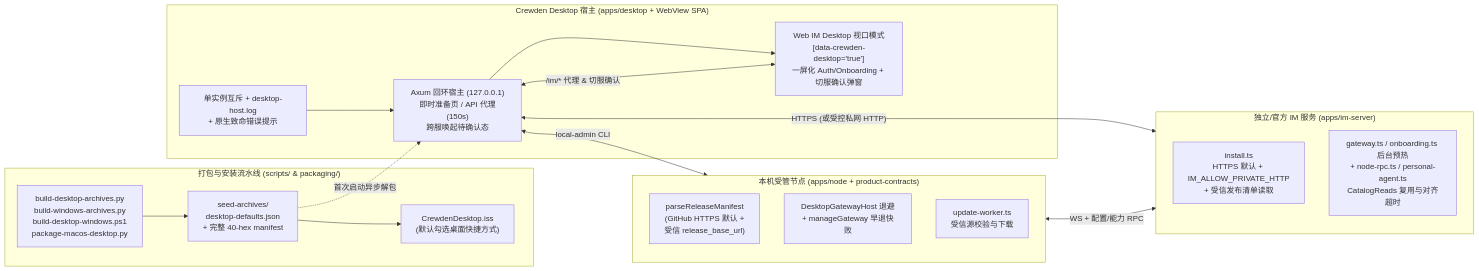
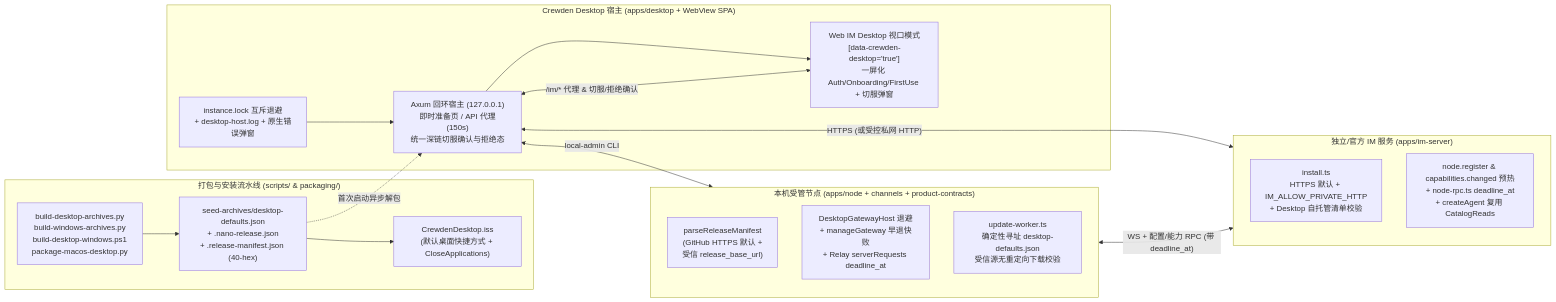
One commit to Mrchen116/nano-multiagent changed the first of 3 diagrams in docs/changes/feat-799-desktop-hardening-private-deploy/design.md. Above: the diagram before and after it, drawn with Mermaid. The commit also changed other lines of this file and 15 other files, not shown here.

````diff
--- a/docs/changes/feat-799-desktop-hardening-private-deploy/design.md
+++ b/docs/changes/feat-799-desktop-hardening-private-deploy/design.md
@@ -39,33 +43,33 @@
 ```mermaid
 flowchart LR
   subgraph Build["打包与安装流水线 (scripts/ & packaging/)"]
     BuildScripts["build-desktop-archives.py\nbuild-windows-archives.py\nbuild-desktop-windows.ps1\npackage-macos-desktop.py"]
-    Inno["CrewdenDesktop.iss\n(默认勾选桌面快捷方式)"]
-    DefaultsJson["seed-archives/\ndesktop-defaults.json\n+ 完整 40-hex manifest"]
+    Inno["CrewdenDesktop.iss\n(默认桌面快捷方式 + CloseApplications)"]
+    DefaultsJson["seed-archives/desktop-defaults.json\n+ .nano-release.json\n+ .release-manifest.json (40-hex)"]
     BuildScripts --> DefaultsJson --> Inno
   end
 
   subgraph Desktop["Crewden Desktop 宿主 (apps/desktop + WebView SPA)"]
-    LockLog["单实例互斥 + desktop-host.log\n+ 原生致命错误提示"]
-    Loopback["Axum 回环宿主 (127.0.0.1)\n即时准备页 / API 代理(150s)\n跨服唤起待确认态"]
-    ViewportUI["Web IM Desktop 视口模式\n[data-crewden-desktop='true']\n一屏化 Auth/Onboarding + 切服确认弹窗"]
+    LockLog["instance.lock 互斥退避\n+ desktop-host.log + 原生错误弹窗"]
+    Loopback["Axum 回环宿主 (127.0.0.1)\n即时准备页 / API 代理(150s)\n统一深链切服确认与拒绝态"]
+    ViewportUI["Web IM Desktop 视口模式\n[data-crewden-desktop='true']\n一屏化 Auth/Onboarding/FirstUse + 切服弹窗"]
     LockLog --> Loopback --> ViewportUI
   end
 
-  subgraph Node["本机受管节点 (apps/node + product-contracts)"]
+  subgraph Node["本机受管节点 (apps/node + channels + product-contracts)"]
     ManifestVerify["parseReleaseManifest\n(GitHub HTTPS 默认 +\n受信 release_base_url)"]
-    FastFail["DesktopGatewayHost 退避\n+ manageGateway 早退快败"]
-    UpdateWorker["update-worker.ts\n受信源校验与下载"]
+    FastFail["DesktopGatewayHost 退避\n+ manageGateway 早退快败\n+ Relay serverRequests deadline_at"]
+    UpdateWorker["update-worker.ts\n确定性寻址 desktop-defaults.json\n受信源无重定向下载校验"]
   end
 
   subgraph IM["独立/官方 IM 服务 (apps/im-server)"]
-    InstallGate["install.ts\nHTTPS 默认 + IM_ALLOW_PRIVATE_HTTP\n+ 受信发布清单读取"]
-    WarmupRpc["gateway.ts / onboarding.ts 后台预热\n+ node-rpc.ts / personal-agent.ts\nCatalogReads 复用与对齐超时"]
+    InstallGate["install.ts\nHTTPS 默认 + IM_ALLOW_PRIVATE_HTTP\n+ Desktop 自托管清单校验"]
+    WarmupRpc["node.register & capabilities.changed 预热\n+ node-rpc.ts deadline_at\n+ createAgent 复用 CatalogReads"]
   end
 
   DefaultsJson -.->|"首次启动异步解包"| Loopback
-  ViewportUI <-->|"/im/* 代理 & 切服确认"| Loopback
+  ViewportUI <-->|"/im/* 代理 & 切服/拒绝确认"| Loopback
   Loopback <-->|"HTTPS (或受控私网 HTTP)"| IM
   Loopback <-->|"local-admin CLI"| Node
-  Node <-->|"WS + 配置/能力 RPC"| IM
+  Node <-->|"WS + 配置/能力 RPC (带 deadline_at)"| IM
 ```
````
